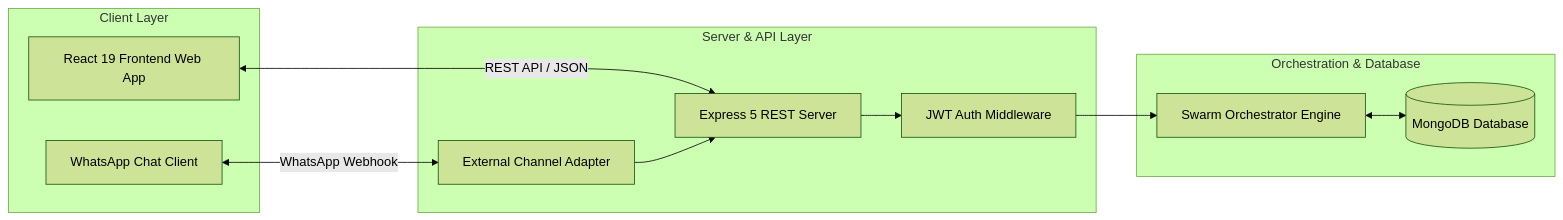
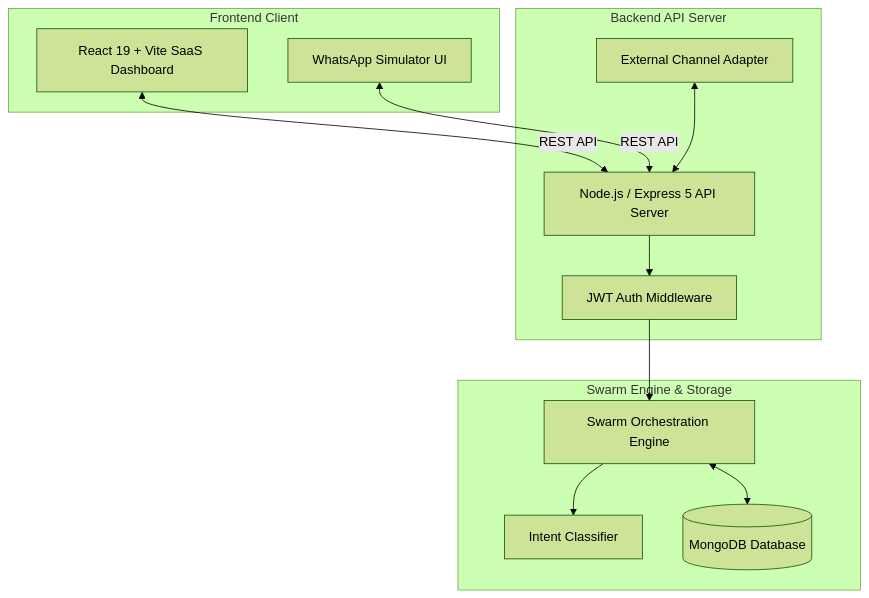
The fourth of 4 diagrams in README.md (Pooja-1109/SwarmOS-), drawn with Mermaid (forest theme) before and after one commit. The commit also changed other lines of this file, not shown here.

Commit message:
docs: update README presenting SwarmOS as a real-world AI platform

````diff
--- a/README.md
+++ b/README.md
@@ -149,25 +196,27 @@
 ```mermaid
-flowchart LR
-    subgraph Client ["Client Layer"]
-        Browser["React 19 Frontend Web App"]
-        Mobile["WhatsApp Chat Client"]
+flowchart TD
+    subgraph Client ["Frontend Client"]
+        ReactApp["React 19 + Vite SaaS Dashboard"]
+        WASM["WhatsApp Simulator UI"]
     end
 
-    subgraph Server ["Server & API Layer"]
-        Express["Express 5 REST Server"]
-        Auth["JWT Auth Middleware"]
+    subgraph API ["Backend API Server"]
+        Express["Node.js / Express 5 API Server"]
+        AuthMiddleware["JWT Auth Middleware"]
         ChannelAdapter["External Channel Adapter"]
     end
 
-    subgraph Engine ["Orchestration & Database"]
-        Orchestrator["Swarm Orchestrator Engine"]
+    subgraph SwarmEngine ["Swarm Engine & Storage"]
+        Orchestrator["Swarm Orchestration Engine"]
+        IntentClassifier["Intent Classifier"]
         MongoDB[("MongoDB Database")]
     end
 
-    Browser <-->|REST API / JSON| Express
-    Mobile <-->|WhatsApp Webhook| ChannelAdapter
-    ChannelAdapter --> Express
-    Express --> Auth
-    Auth --> Orchestrator
+    ReactApp <-->|REST API| Express
+    WASM <-->|REST API| Express
+    Express --> AuthMiddleware
+    AuthMiddleware --> Orchestrator
+    Orchestrator --> IntentClassifier
     Orchestrator <--> MongoDB
+    ChannelAdapter <--> Express
 ```
````
